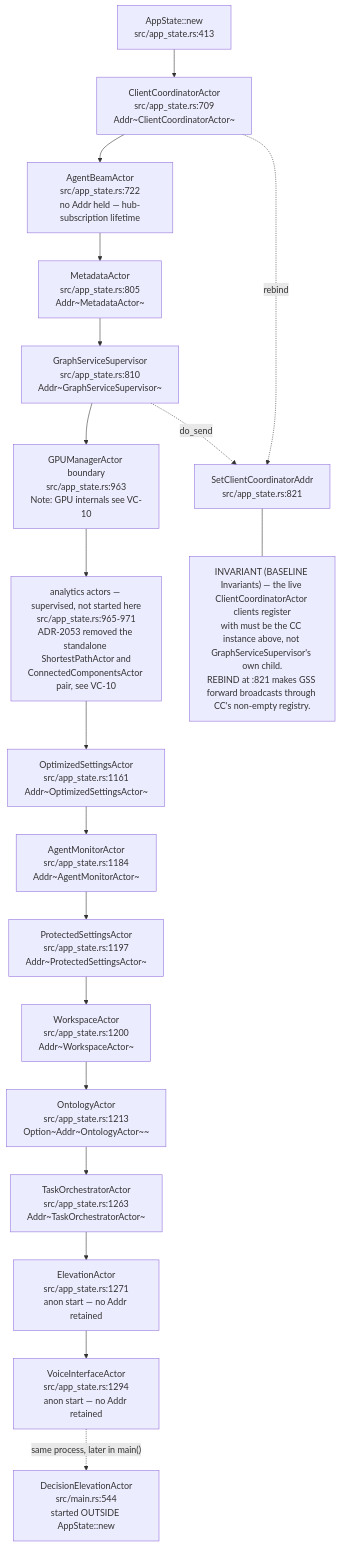
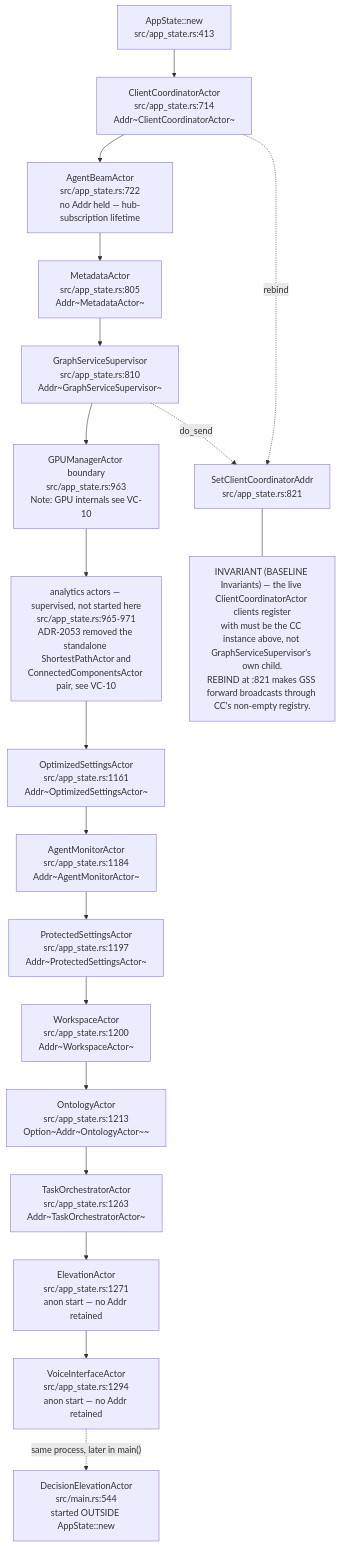
The first of 20 diagrams in docs/diagrams/visionclaw/02-actor-supervision.md (DreamLab-AI/AR-AI-Knowledge-Graph), drawn with Mermaid before and after one commit. The commit also changed other lines of this file and 73 other files, not shown here.

First line of the commit message:
docs(diagrams): re-verify all 71 topic files against HEAD; add --cite-check

````diff
--- a/docs/diagrams/visionclaw/02-actor-supervision.md
+++ b/docs/diagrams/visionclaw/02-actor-supervision.md
@@ -40,41 +40,41 @@
 ```mermaid
 flowchart TB
     APP["AppState::new<br/>src/app_state.rs:413"]
-    CC["ClientCoordinatorActor<br/>src/app_state.rs:709<br/>Addr~ClientCoordinatorActor~"]
+    CC["ClientCoordinatorActor<br/>src/app_state.rs:714<br/>Addr~ClientCoordinatorActor~"]
     AB["AgentBeamActor<br/>src/app_state.rs:722<br/>no Addr held — hub-subscription lifetime"]
     MD["MetadataActor<br/>src/app_state.rs:805<br/>Addr~MetadataActor~"]
     GSS["GraphServiceSupervisor<br/>src/app_state.rs:810<br/>Addr~GraphServiceSupervisor~"]
     REBIND["SetClientCoordinatorAddr<br/>src/app_state.rs:821"]
     GPU["GPUManagerActor boundary<br/>src/app_state.rs:963<br/>Note: GPU internals see VC-10"]
     ANA["analytics actors — supervised, not started here<br/>src/app_state.rs:965-971<br/>ADR-2053 removed the standalone ShortestPathActor and<br/>ConnectedComponentsActor pair, see VC-10"]
     SET["OptimizedSettingsActor<br/>src/app_state.rs:1161<br/>Addr~OptimizedSettingsActor~"]
     AM["AgentMonitorActor<br/>src/app_state.rs:1184<br/>Addr~AgentMonitorActor~"]
     PS["ProtectedSettingsActor<br/>src/app_state.rs:1197<br/>Addr~ProtectedSettingsActor~"]
     WS["WorkspaceActor<br/>src/app_state.rs:1200<br/>Addr~WorkspaceActor~"]
     ONT["OntologyActor<br/>src/app_state.rs:1213<br/>Option~Addr~OntologyActor~~"]
     TO["TaskOrchestratorActor<br/>src/app_state.rs:1263<br/>Addr~TaskOrchestratorActor~"]
     EL["ElevationActor<br/>src/app_state.rs:1271<br/>anon start — no Addr retained"]
     VI["VoiceInterfaceActor<br/>src/app_state.rs:1294<br/>anon start — no Addr retained"]
     DE["DecisionElevationActor<br/>src/main.rs:544<br/>started OUTSIDE AppState::new"]
 
     APP --> CC
     CC --> AB
     CC -.->|"rebind"| REBIND
     AB --> MD
     MD --> GSS
     GSS -.->|"do_send"| REBIND
     GSS --> GPU
     GPU --> ANA
     ANA --> SET
     SET --> AM
     AM --> PS
     PS --> WS
     WS --> ONT
     ONT --> TO
     TO --> EL
     EL --> VI
     VI -.->|"same process, later in main()"| DE
 
     N1["INVARIANT (BASELINE Invariants) — the live ClientCoordinatorActor clients register<br/>with must be the CC instance above, not GraphServiceSupervisor's own child.<br/>REBIND at :821 makes GSS forward broadcasts through CC's non-empty registry."]
     REBIND --- N1
 ```
````
